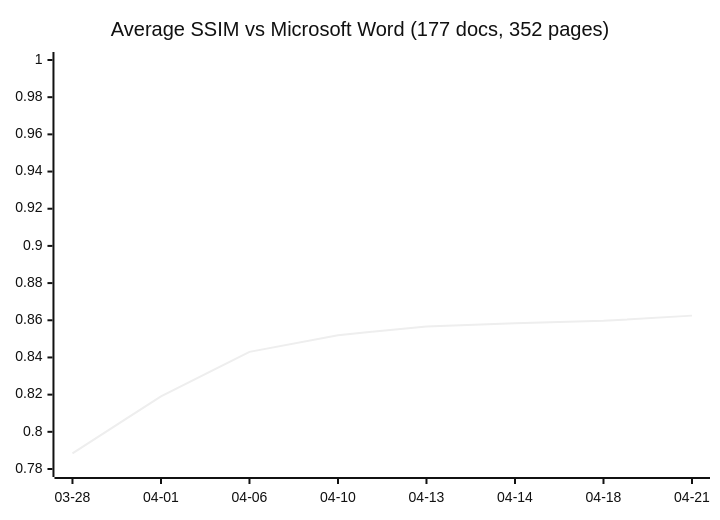
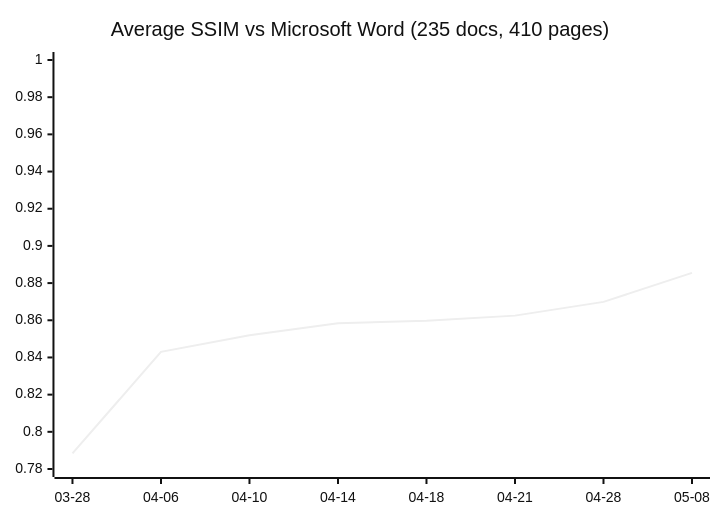
Before and after one commit to Ryujiyasu/oxi: the diagram in README.md, drawn with Mermaid (neutral theme). The commit also changed other lines of this file, not shown here.

Commit message:
docs(README): 2026-05-08 — SSIM 0.8855, 235 docs / 410 pages, Phase 1 gate

````diff
--- a/README.md
+++ b/README.md
@@ -209,7 +209,7 @@
 ```mermaid
 xychart-beta
-  title "Average SSIM vs Microsoft Word (177 docs, 352 pages)"
-  x-axis ["03-28", "04-01", "04-06", "04-10", "04-13", "04-14", "04-18", "04-21"]
+  title "Average SSIM vs Microsoft Word (235 docs, 410 pages)"
+  x-axis ["03-28", "04-06", "04-10", "04-14", "04-18", "04-21", "04-28", "05-08"]
   y-axis 0.78 --> 1.0
-  line [0.7884, 0.8191, 0.8430, 0.8520, 0.8567, 0.8584, 0.8597, 0.8625]
+  line [0.7884, 0.8430, 0.8520, 0.8584, 0.8597, 0.8625, 0.8699, 0.8855]
 ```
````
